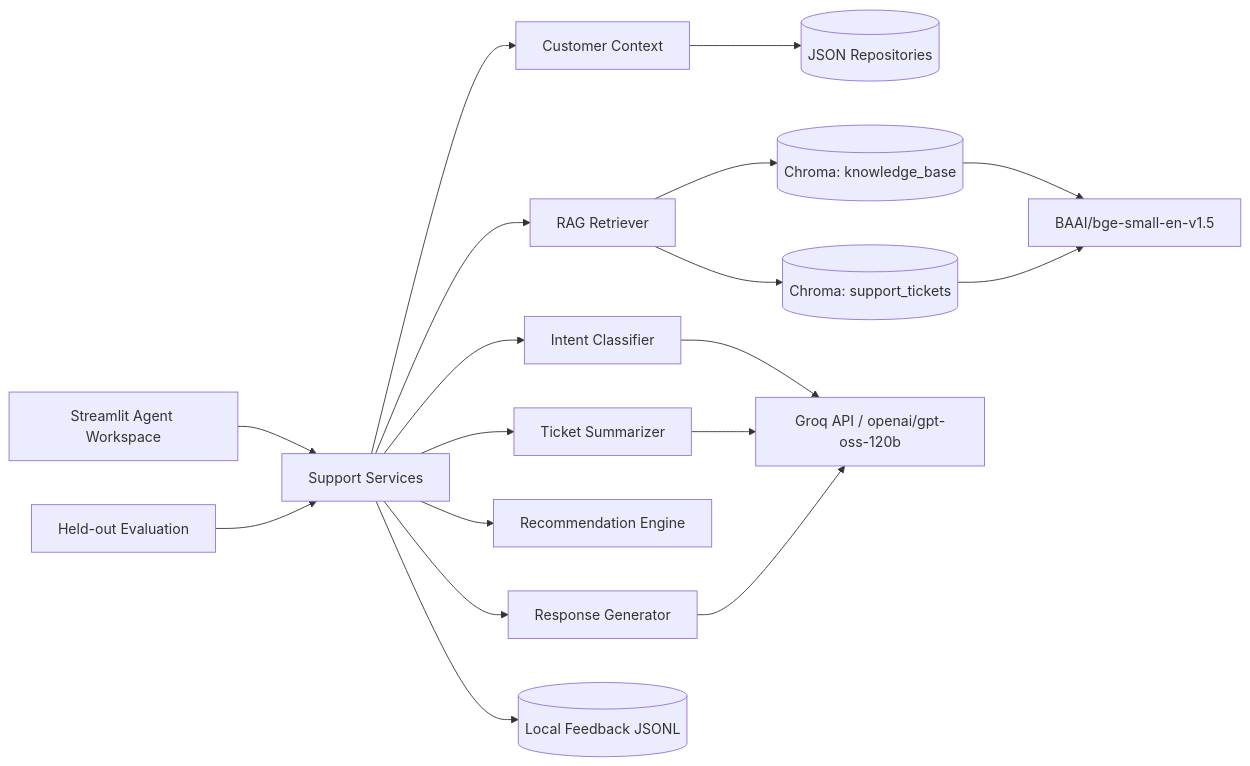
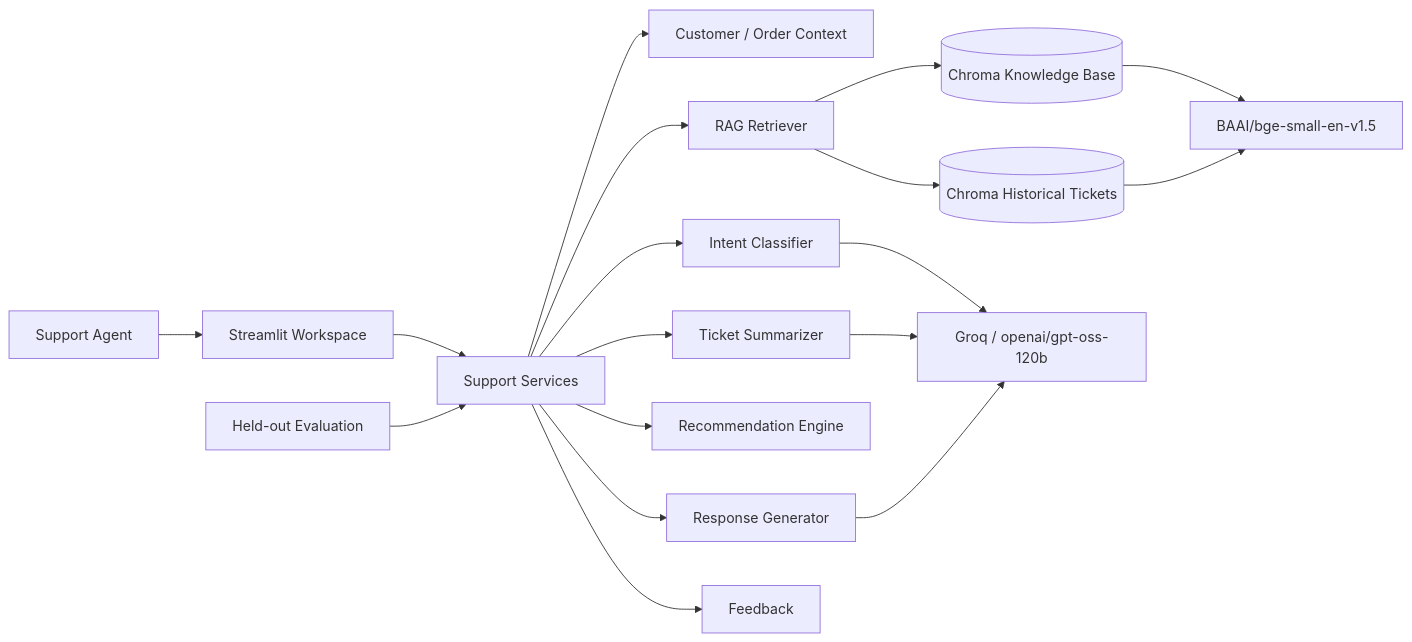
Before and after one commit to Riya-712/Customer-Support-Copilot: the diagram in README.md, drawn with Mermaid. The commit also changed other lines of this file, not shown here.

````diff
--- a/README.md
+++ b/README.md
@@ -13,20 +26,25 @@
 ```mermaid
 flowchart LR
-    UI[Streamlit Agent Workspace] --> SVC[Support Services]
-    SVC --> CTX[Customer Context]
-    SVC --> INT[Intent Classifier]
-    SVC --> SUM[Ticket Summarizer]
-    SVC --> RET[RAG Retriever]
-    SVC --> REC[Recommendation Engine]
-    SVC --> RESP[Response Generator]
-    CTX --> DATA[(JSON Repositories)]
-    RET --> KB[(Chroma: knowledge_base)]
-    RET --> ST[(Chroma: support_tickets)]
-    KB --> EMB[BAAI/bge-small-en-v1.5]
-    ST --> EMB
-    INT --> GROQ[Groq API / openai/gpt-oss-120b]
-    SUM --> GROQ
-    RESP --> GROQ
-    SVC --> FB[(Local Feedback JSONL)]
-    EVAL[Held-out Evaluation] --> SVC
+    U[Support Agent] --> UI[Streamlit Workspace]
+
+    UI --> S[Support Services]
+    S --> C[Customer / Order Context]
+    S --> I[Intent Classifier]
+    S --> SM[Ticket Summarizer]
+    S --> R[RAG Retriever]
+    S --> REC[Recommendation Engine]
+    S --> G[Response Generator]
+
+    R --> KB[(Chroma Knowledge Base)]
+    R --> ST[(Chroma Historical Tickets)]
+
+    KB --> E[BAAI/bge-small-en-v1.5]
+    ST --> E
+
+    I --> L[Groq / openai/gpt-oss-120b]
+    SM --> L
+    G --> L
+
+    S --> F[Feedback]
+    EVAL[Held-out Evaluation] --> S
 ```
````
